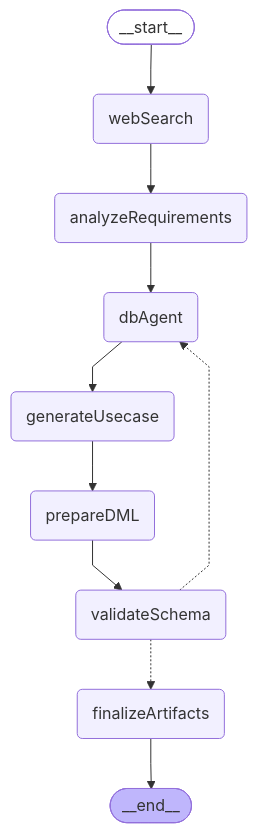
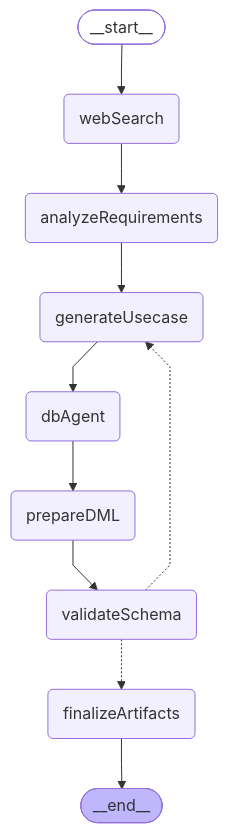
One commit to liam-hq/liam changed the first of 2 diagrams in frontend/internal-packages/agent/src/chat/workflow/README.md. Above: the diagram before and after it, drawn with Mermaid. The commit also changed other lines of this file and 3 other files, not shown here.

````diff
--- a/frontend/internal-packages/agent/src/chat/workflow/README.md
+++ b/frontend/internal-packages/agent/src/chat/workflow/README.md
@@ -7,25 +7,25 @@
 ```mermaid
 %%{init: {'flowchart': {'curve': 'linear'}}}%%
 graph TD;
 	__start__([<p>__start__</p>]):::first
 	webSearch(webSearch)
 	analyzeRequirements(analyzeRequirements)
+	generateUsecase(generateUsecase)
 	dbAgent(dbAgent)
-	generateUsecase(generateUsecase)
 	prepareDML(prepareDML)
 	validateSchema(validateSchema)
 	finalizeArtifacts(finalizeArtifacts)
 	__end__([<p>__end__</p>]):::last
 	__start__ --> webSearch;
-	analyzeRequirements --> dbAgent;
-	dbAgent --> generateUsecase;
+	analyzeRequirements --> generateUsecase;
+	dbAgent --> prepareDML;
 	finalizeArtifacts --> __end__;
-	generateUsecase --> prepareDML;
+	generateUsecase --> dbAgent;
 	prepareDML --> validateSchema;
 	webSearch --> analyzeRequirements;
-	validateSchema -.-> dbAgent;
+	validateSchema -.-> generateUsecase;
 	validateSchema -.-> finalizeArtifacts;
 	classDef default fill:#f2f0ff,line-height:1.2;
 	classDef first fill-opacity:0;
 	classDef last fill:#bfb6fc;
 ```
````
